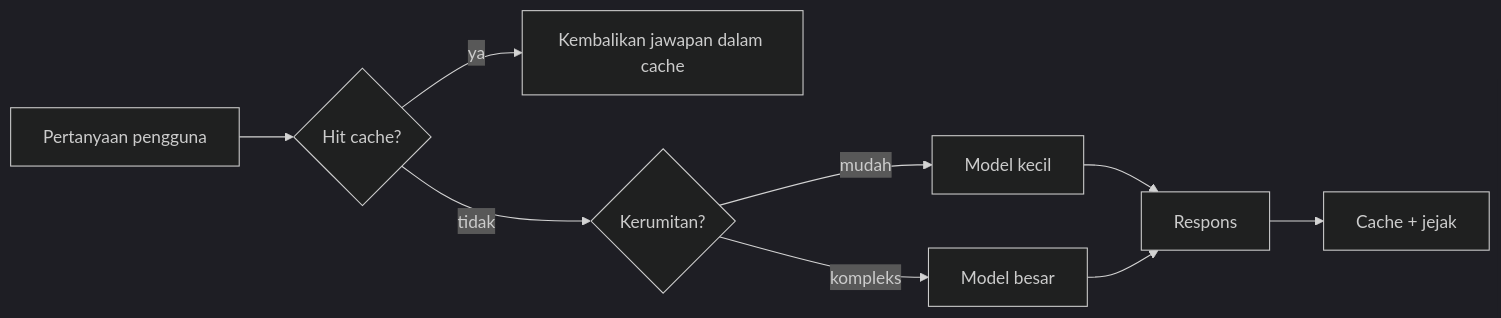
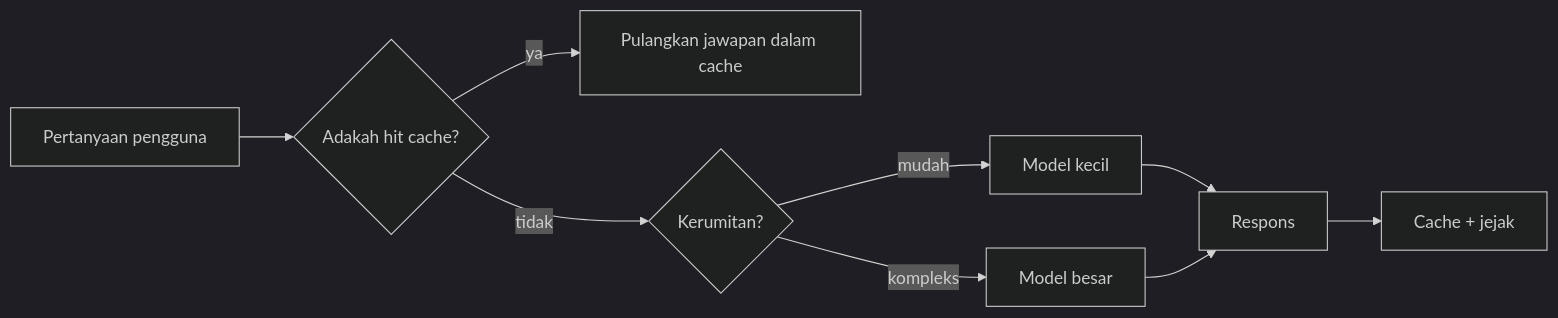
One commit to microsoft/ai-agents-for-beginners changed the third of 4 diagrams in translations/ms/16-deploying-scalable-agents/README.md. Above: the diagram before and after it, drawn with Mermaid (dark theme). The commit also changed other lines of this file and 46 other files, not shown here.

````diff
--- a/translations/ms/16-deploying-scalable-agents/README.md
+++ b/translations/ms/16-deploying-scalable-agents/README.md
@@ -134,11 +134,11 @@
 ```mermaid
 flowchart LR
-    Q[Pertanyaan pengguna] --> C{Hit cache?}
-    C -->|ya| R[Kembalikan jawapan dalam cache]
+    Q[Pertanyaan pengguna] --> C{Adakah hit cache?}
+    C -->|ya| R[Pulangkan jawapan dalam cache]
     C -->|tidak| Router{Kerumitan?}
     Router -->|mudah| SLM[Model kecil]
     Router -->|kompleks| LLM[Model besar]
     SLM --> Out[Respons]
     LLM --> Out
     Out --> Store[Cache + jejak]
 ```
````
